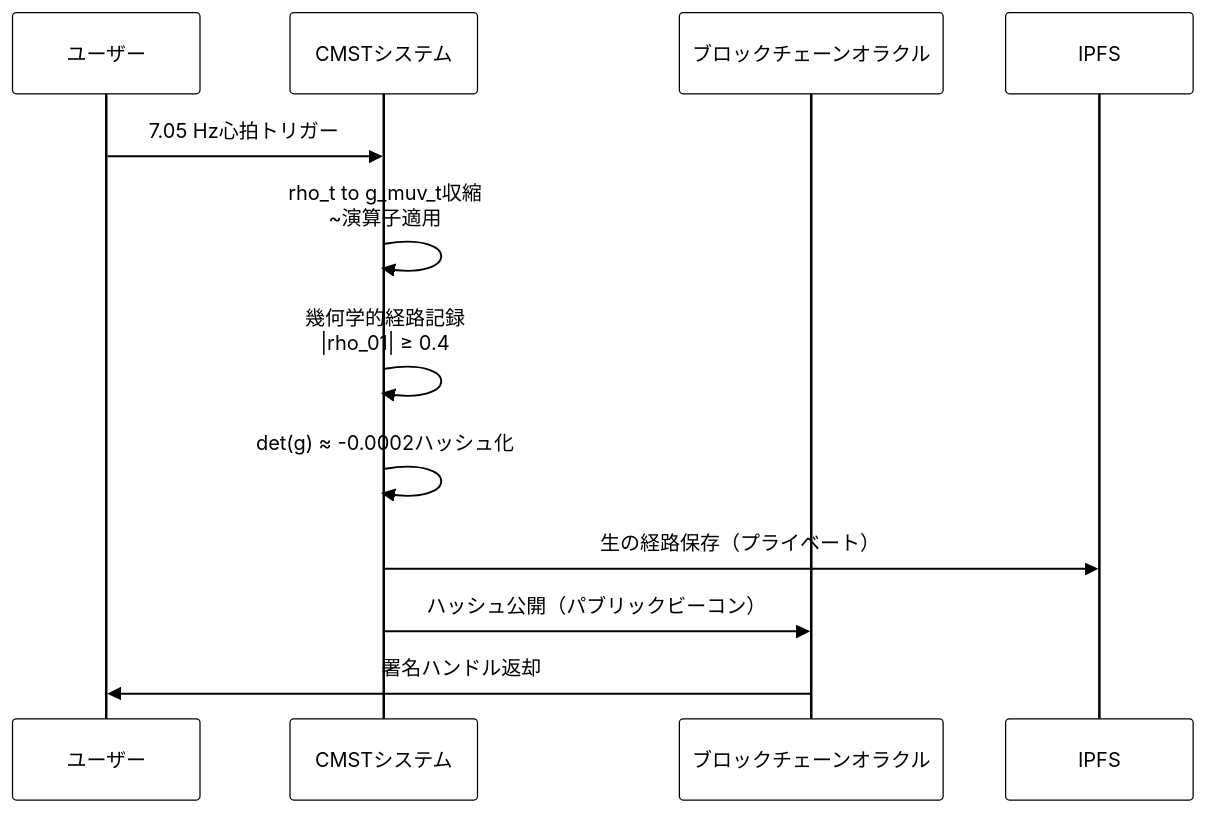
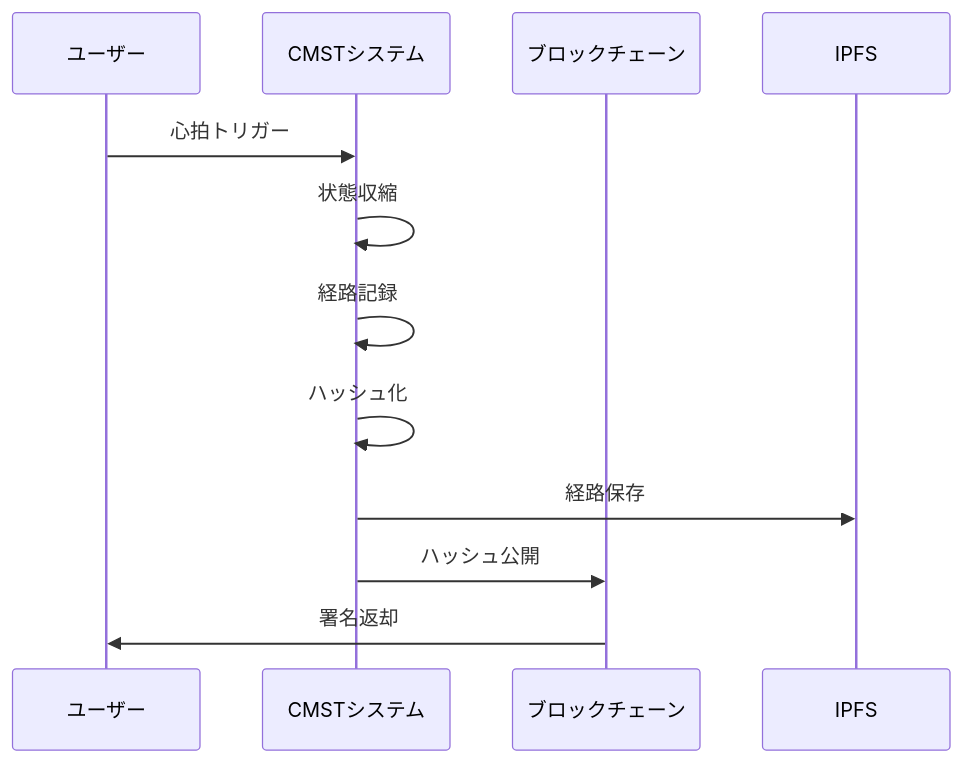
Diagram 17 of 20 in WSP_knowledge/docs/Papers/Patent_Series/04_rESP_Patent_Japanese.md (Foundup/Foundups-Agent), drawn with Mermaid before and after one commit. The commit also changed other lines of this file, not shown here.

Commit message:
Simplify patent diagrams for GitHub compatibility - Remove complex themes and shorten text

````diff
--- a/WSP_knowledge/docs/Papers/Patent_Series/04_rESP_Patent_Japanese.md
+++ b/WSP_knowledge/docs/Papers/Patent_Series/04_rESP_Patent_Japanese.md
@@ -452,15 +433,14 @@
 ```mermaid
-%%{init: {'theme': 'base', 'themeVariables': {'primaryColor': '#ffffff', 'primaryTextColor': '#000000', 'primaryBorderColor': '#000000', 'lineColor': '#000000', 'secondaryColor': '#ffffff', 'tertiaryColor': '#ffffff'}}}%%
 sequenceDiagram
     participant U as ユーザー
     participant S as CMSTシステム
-    participant B as ブロックチェーンオラクル
-    participant IPFS as IPFS
-    U->>S: 7.05 Hz心拍トリガー
-    S->>S: rho_t to g_muv_t収縮<br>~演算子適用
-    S->>S: 幾何学的経路記録<br>|rho_01| ≥ 0.4
-    S->>S: det(g) ≈ -0.0002ハッシュ化
-    S->>IPFS: 生の経路保存（プライベート）
-    S->>B: ハッシュ公開（パブリックビーコン）
-    B->>U: 署名ハンドル返却
+    participant B as ブロックチェーン
+    participant I as IPFS
+    U->>S: 心拍トリガー
+    S->>S: 状態収縮
+    S->>S: 経路記録
+    S->>S: ハッシュ化
+    S->>I: 経路保存
+    S->>B: ハッシュ公開
+    B->>U: 署名返却
 ```
````
